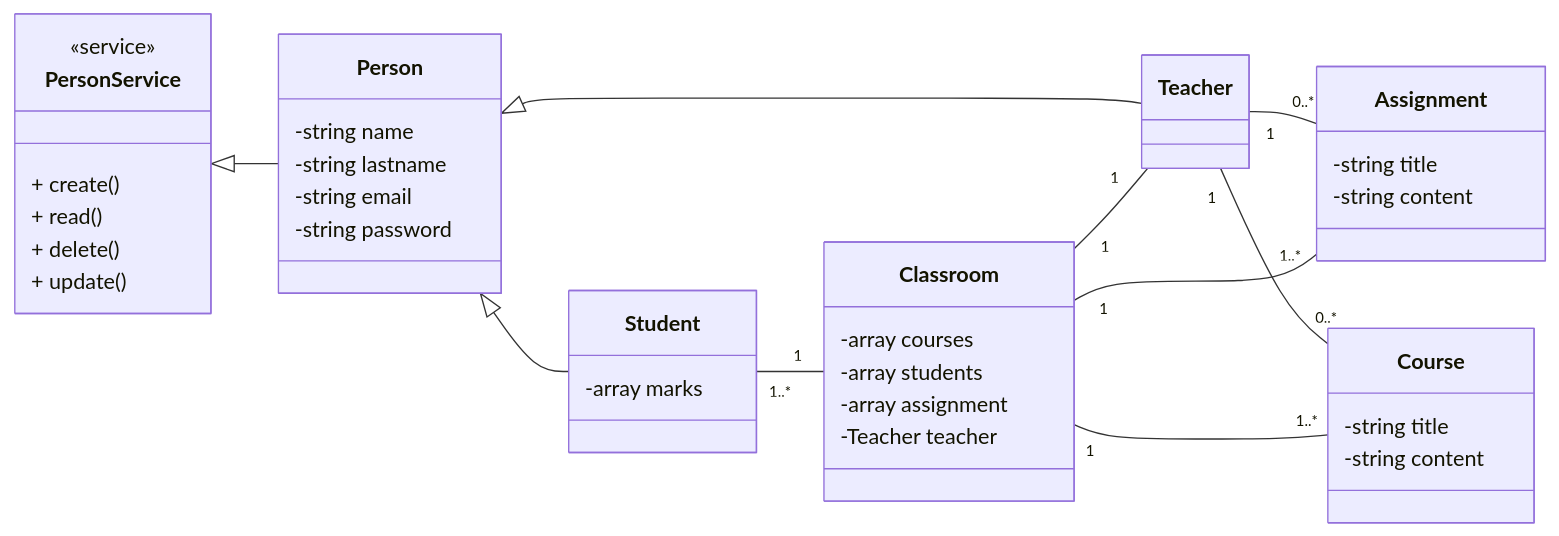
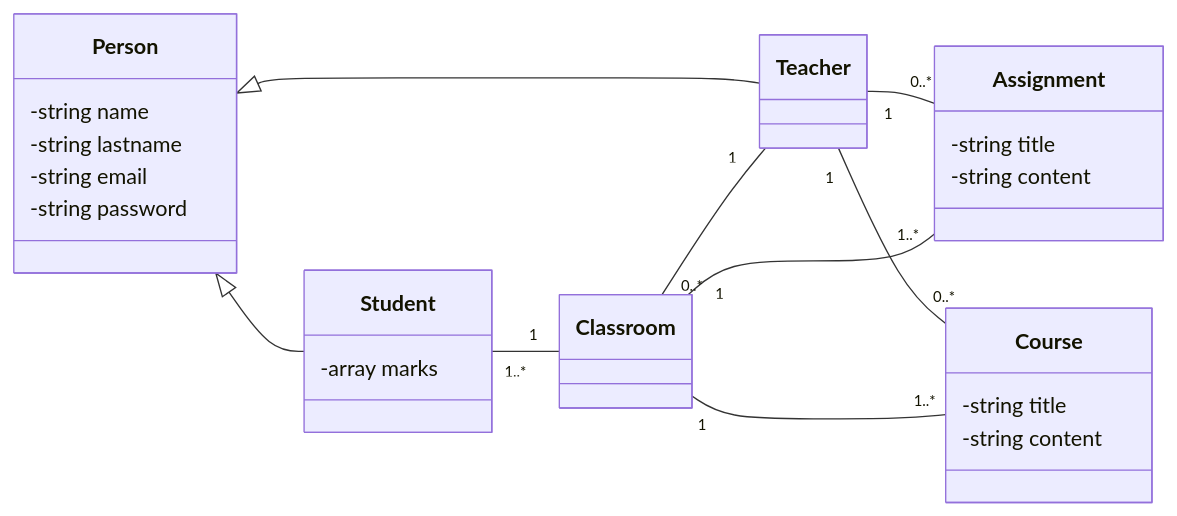
One commit to Neirotciv/D6_PHP_POO changed the diagram in TP_POO/README.md. Above: the diagram before and after it, drawn with Mermaid. The commit also changed other lines of this file and 10 other files, not shown here.

````diff
--- a/TP_POO/README.md
+++ b/TP_POO/README.md
@@ -34,47 +34,33 @@
 ```mermaid
 classDiagram
     direction LR
     class Person{
         -string name
         -string lastname
         -string email
         -string password
     }
     class Student {
         -array marks
     }
-    class Teacher {
-
-    }
     class Assignment {
         -string title
         -string content
+    }
+    class Teacher {
+
     }
     class Course {
         -string title
         -string content
     }
-    class Classroom {
-        -array courses
-        -array students
-        -array assignment
-        -Teacher teacher
-    }
-    class PersonService {
-        <<service>>
-        + create()
-        + read()
-        + delete()
-        + update()
-    }
    
-    PersonService <|-- Person 
     Person<|--Teacher
     Person<|--Student
     Student "1..*" -- "1" Classroom
     Teacher "1" -- "0..*" Assignment
     Teacher "1" -- "0..*" Course
-    Classroom "1" -- "1" Teacher
+    Classroom "0..*" -- "1" Teacher
     Classroom "1" -- "1..*" Course
     Classroom "1" -- "1..*" Assignment
 ```
````
